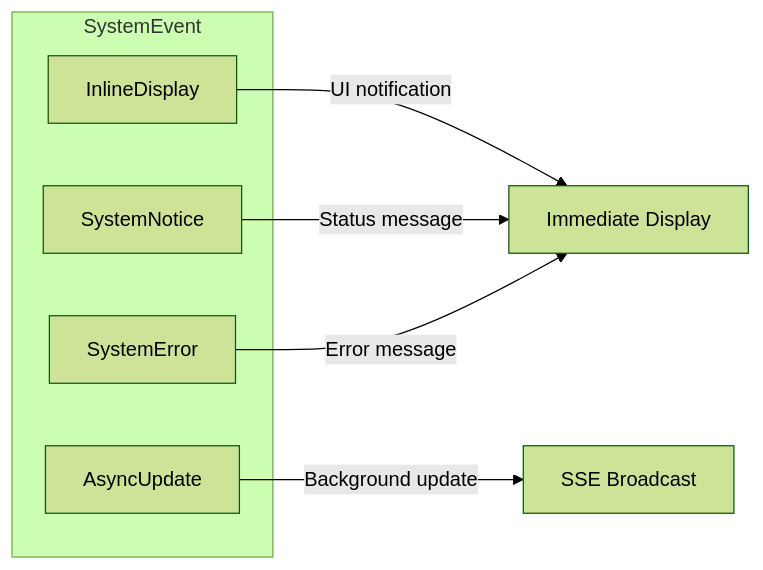
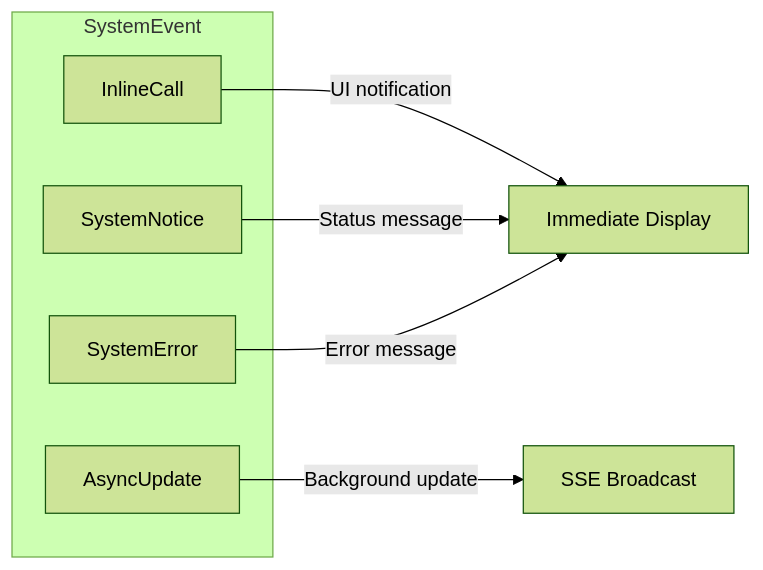
Before and after one commit to aomi-labs/product-mono: the fourth of 4 diagrams in docs/SDK.md, drawn with Mermaid (forest theme). The commit also changed other lines of this file and 30 other files, not shown here.

````diff
--- a/docs/SDK.md
+++ b/docs/SDK.md
@@ -280,14 +280,14 @@
 ```mermaid
 flowchart LR
     subgraph "SystemEvent"
-        INLINE[InlineDisplay]
+        INLINE[InlineCall]
         NOTICE[SystemNotice]
         ERROR[SystemError]
         ASYNC[AsyncUpdate]
     end
 
     INLINE -->|"UI notification"| IMMEDIATE[Immediate Display]
     NOTICE -->|"Status message"| IMMEDIATE
     ERROR -->|"Error message"| IMMEDIATE
     ASYNC -->|"Background update"| SSE[SSE Broadcast]
 ```
````
